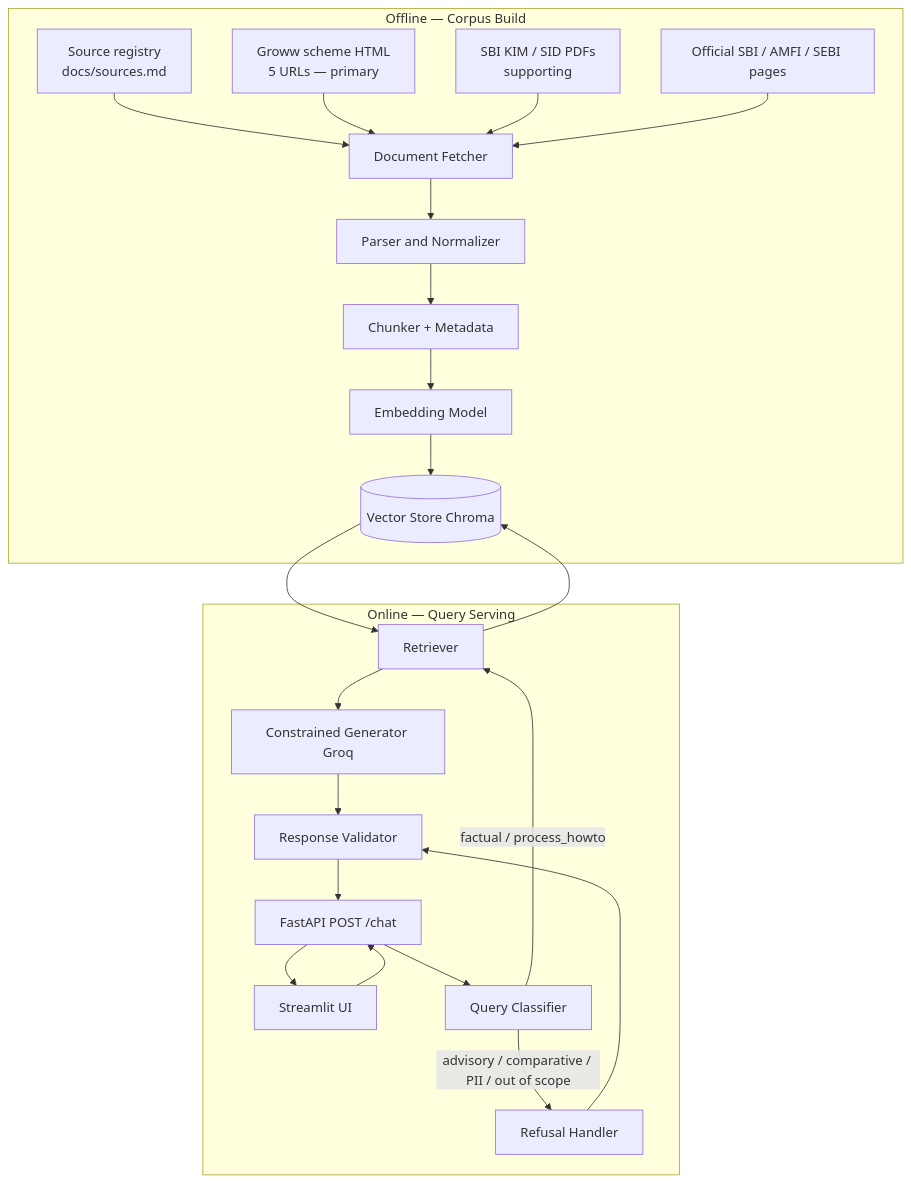
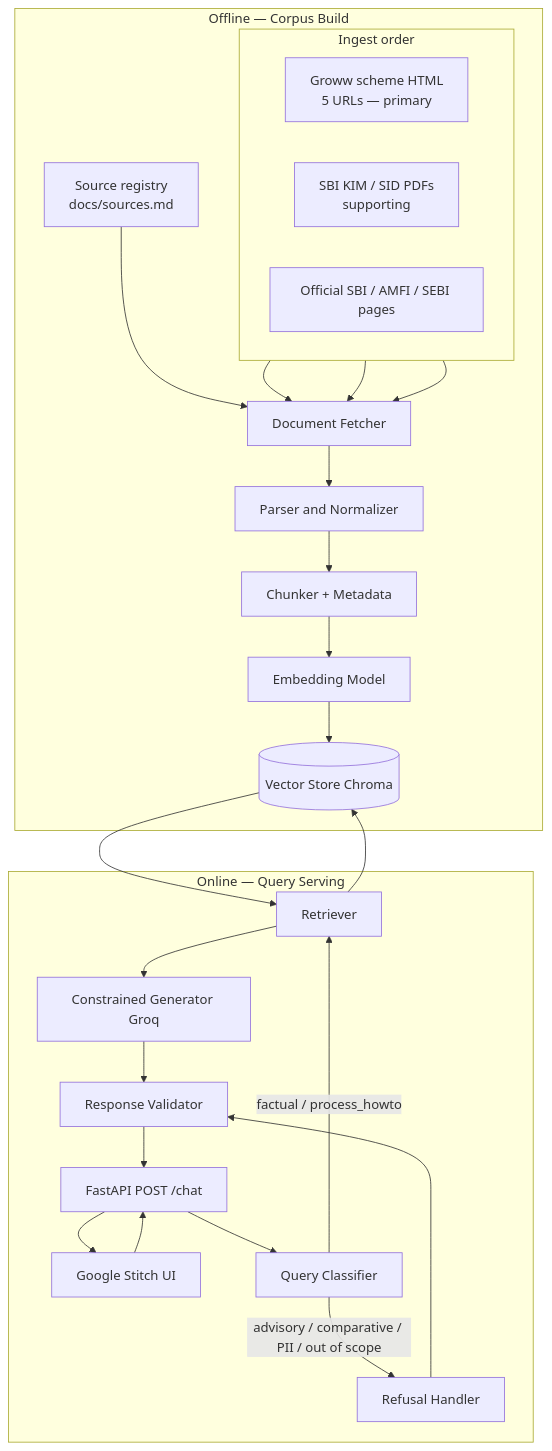
Before and after one commit to himabindu-ai205/RAG-MutualFundAsistant: the first of 2 diagrams in docs/Architecture.md, drawn with Mermaid. The commit also changed other lines of this file and 4 other files, not shown here.

First line of the commit message:
Replace Streamlit references with Google Stitch across docs.

````diff
--- a/docs/Architecture.md
+++ b/docs/Architecture.md
@@ -117,38 +117,41 @@
 ```mermaid
 flowchart TB
   subgraph offline [Offline — Corpus Build]
-    GW[Groww scheme HTML<br/>5 URLs — primary]
-    PDF[SBI KIM / SID PDFs<br/>supporting]
-    OFF[Official SBI / AMFI / SEBI pages]
+    REG[Source registry<br/>docs/sources.md]
+    subgraph sources [Ingest order]
+      direction LR
+      GW[Groww scheme HTML<br/>5 URLs — primary]
+      PDF[SBI KIM / SID PDFs<br/>supporting]
+      OFF[Official SBI / AMFI / SEBI pages]
+    end
     DF[Document Fetcher]
     PN[Parser and Normalizer]
     CM[Chunker + Metadata]
     EM[Embedding Model]
     VS[(Vector Store Chroma)]
-    REG[Source registry<br/>docs/sources.md]
     REG --> DF
     GW --> DF
     PDF --> DF
     OFF --> DF
     DF --> PN --> CM --> EM --> VS
   end
 
   subgraph online [Online — Query Serving]
-    UI[Streamlit UI]
+    UI[Google Stitch UI]
     API[FastAPI POST /chat]
     QC[Query Classifier]
     RH[Refusal Handler]
     RET[Retriever]
     CG[Constrained Generator Groq]
     RV[Response Validator]
     UI --> API --> QC
     QC -->|advisory / comparative / PII / out of scope| RH
     QC -->|factual / process_howto| RET
     RET --> VS
     VS --> RET
     RET --> CG
     RH --> RV
     CG --> RV
     RV --> API --> UI
   end
 ```
````
